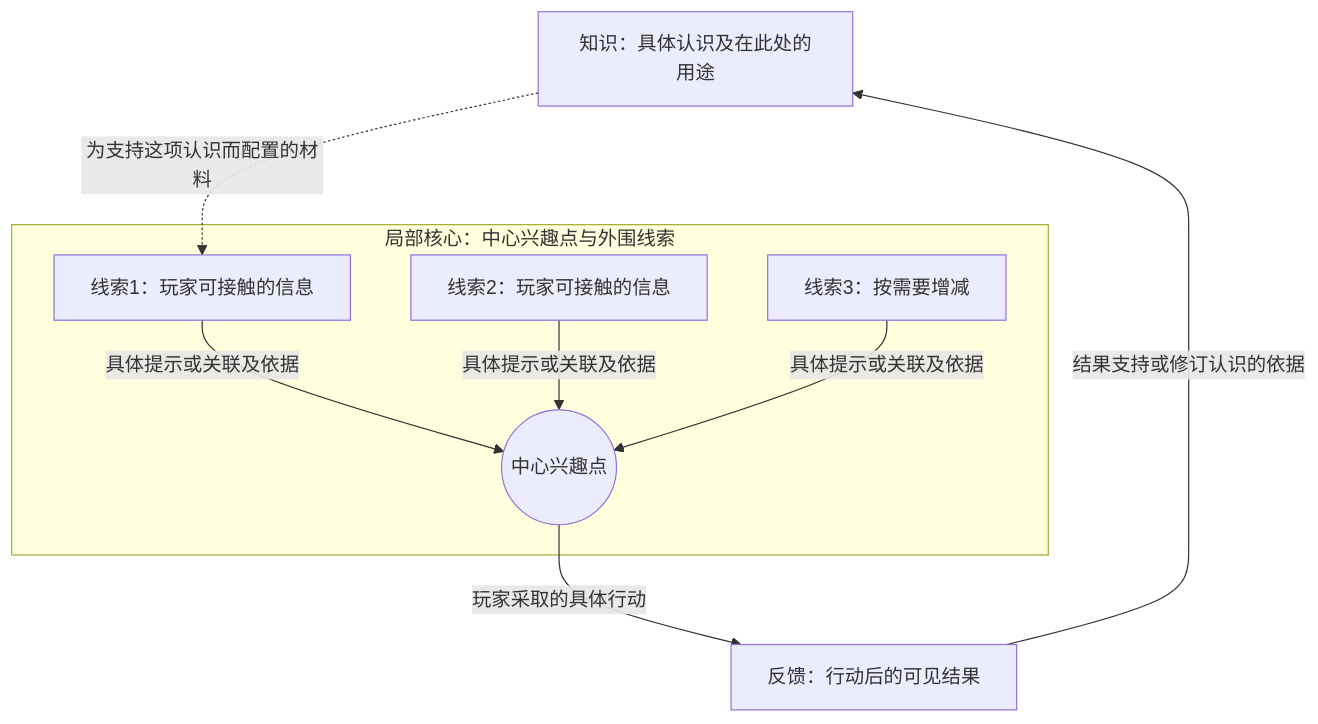
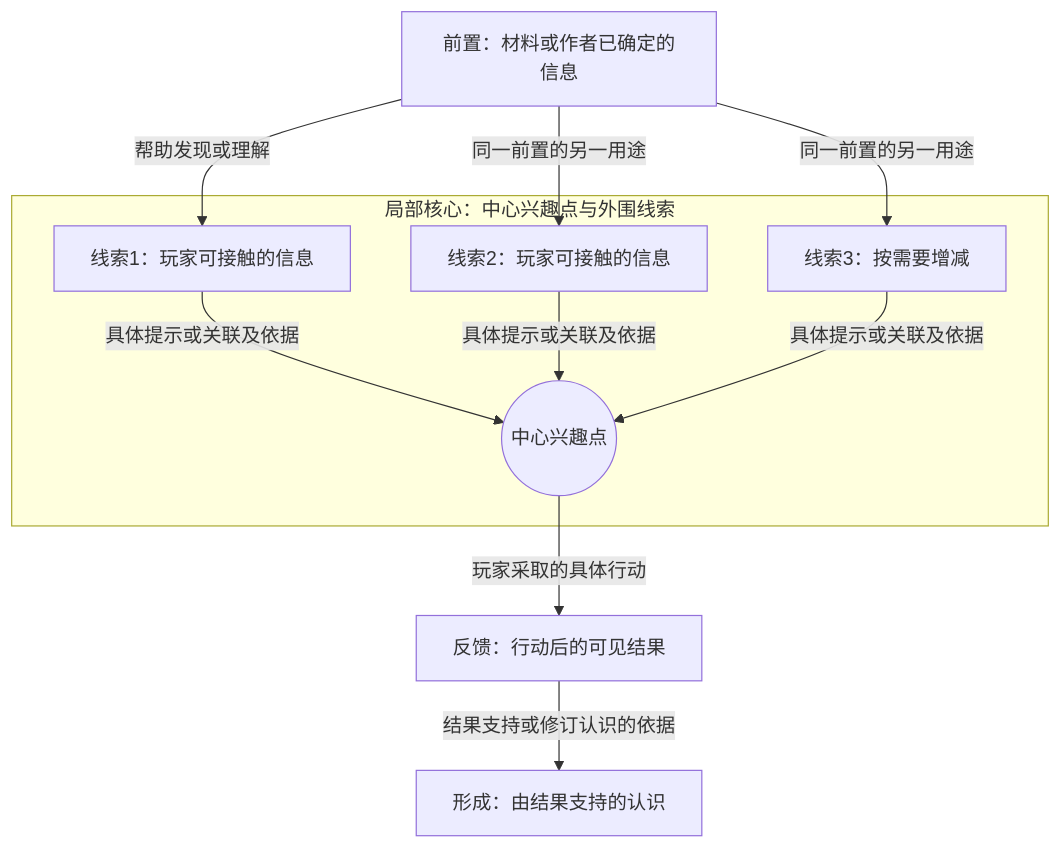
One commit to ATLALALA/knowledge-gate-net-toolkit changed the first of 2 diagrams in knowledge-gate-network/templates/local-lock.md. Above: the diagram before and after it, drawn with Mermaid. The commit also changed other lines of this file and 13 other files, not shown here.

````diff
--- a/knowledge-gate-network/templates/local-lock.md
+++ b/knowledge-gate-network/templates/local-lock.md
@@ -38,17 +38,20 @@
 ```mermaid
 flowchart TB
-    K["知识：具体认识及在此处的用途"]
+    K0["前置：材料或作者已确定的信息"]
+    K["形成：由结果支持的认识"]
     subgraph Core["局部核心：中心兴趣点与外围线索"]
         C1["线索1：玩家可接触的信息"]
         C2["线索2：玩家可接触的信息"]
         C3["线索3：按需要增减"]
         I(("中心兴趣点"))
         C1 -->|"具体提示或关联及依据"| I
         C2 -->|"具体提示或关联及依据"| I
         C3 -->|"具体提示或关联及依据"| I
     end
     F["反馈：行动后的可见结果"]
-    K -.->|"为支持这项认识而配置的材料"| C1
+    K0 -->|"帮助发现或理解"| C1
+    K0 -->|"同一前置的另一用途"| C2
+    K0 -->|"同一前置的另一用途"| C3
     I -->|"玩家采取的具体行动"| F
     F -->|"结果支持或修订认识的依据"| K
 ```
````
